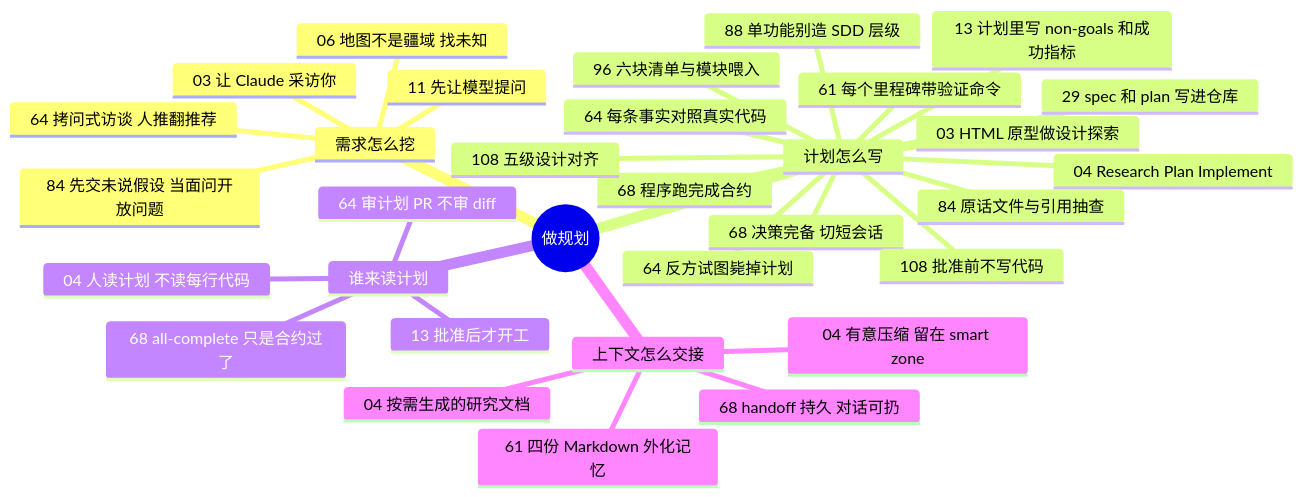
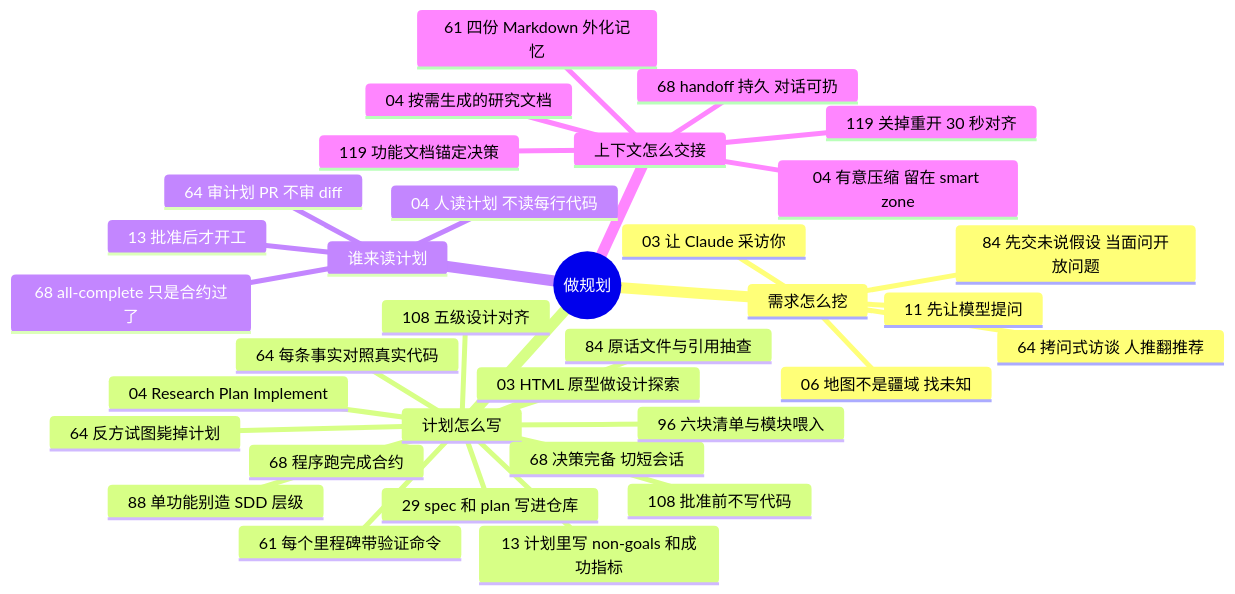
The diagram in docs/guide/planning.md (yzw7489757/ai-coding-videos), drawn with Mermaid before and after one commit. The commit also changed other lines of this file and 20 other files, not shown here.

````diff
--- a/docs/guide/planning.md
+++ b/docs/guide/planning.md
@@ -13,35 +13,37 @@
 ```mermaid
 mindmap
   root((做规划))
     需求怎么挖
       03 让 Claude 采访你
       06 地图不是疆域 找未知
       11 先让模型提问
       64 拷问式访谈 人推翻推荐
       84 先交未说假设 当面问开放问题
     计划怎么写
       04 Research Plan Implement
       13 计划里写 non-goals 和成功指标
       03 HTML 原型做设计探索
       29 spec 和 plan 写进仓库
       61 每个里程碑带验证命令
       64 每条事实对照真实代码
       64 反方试图毙掉计划
       68 决策完备 切短会话
       68 程序跑完成合约
       84 原话文件与引用抽查
       88 单功能别造 SDD 层级
       96 六块清单与模块喂入
       108 五级设计对齐
       108 批准前不写代码
     谁来读计划
       04 人读计划 不读每行代码
       13 批准后才开工
       64 审计划 PR 不审 diff
       68 all-complete 只是合约过了
     上下文怎么交接
       04 有意压缩 留在 smart zone
       04 按需生成的研究文档
       61 四份 Markdown 外化记忆
       68 handoff 持久 对话可扔
+      119 功能文档锚定决策
+      119 关掉重开 30 秒对齐
 ```
````
